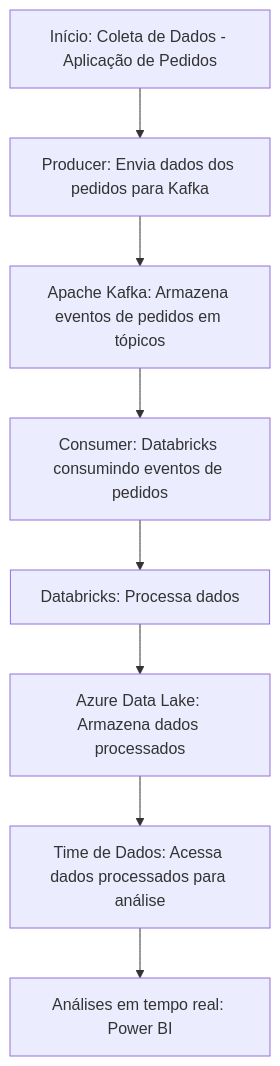
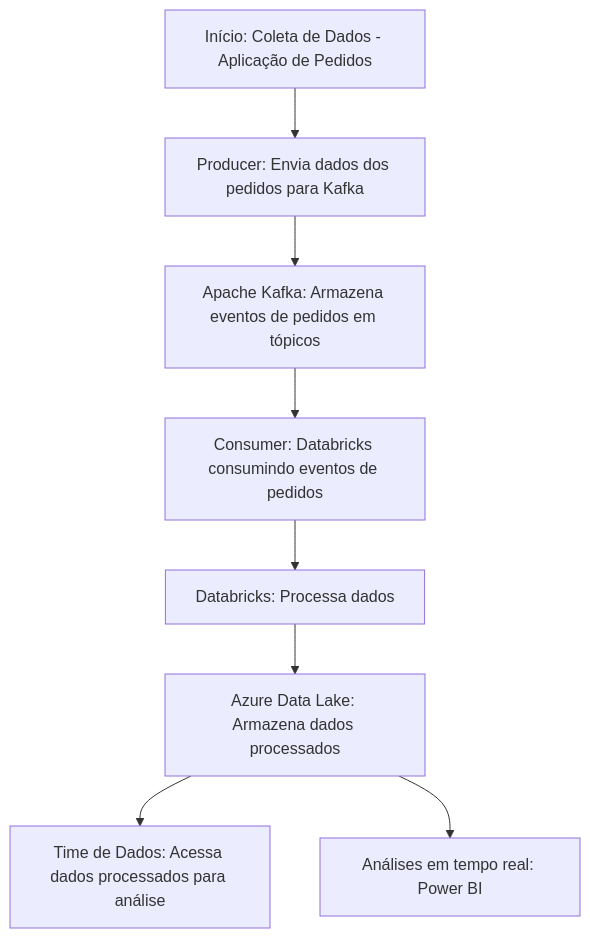
One commit to vfamim/juntos_somos_mais_case changed the diagram in README.md. Above: the diagram before and after it, drawn with Mermaid.

Commit message:
Update README 2

````diff
--- a/README.md
+++ b/README.md
@@ -7,10 +7,10 @@
 ```mermaid
 flowchart TD
     A[Início: Coleta de Dados - Aplicação de Pedidos] --> B[Producer: Envia dados dos pedidos para Kafka]
     B --> C[Apache Kafka: Armazena eventos de pedidos em tópicos]
     C --> D[Consumer: Databricks consumindo eventos de pedidos]
     D --> E[Databricks: Processa dados]
     E --> F[Azure Data Lake: Armazena dados processados]
     F --> G[Time de Dados: Acessa dados processados para análise]
-    G --> H[Análises em tempo real: Power BI]
+    F --> H[Análises em tempo real: Power BI]
 ```
````
